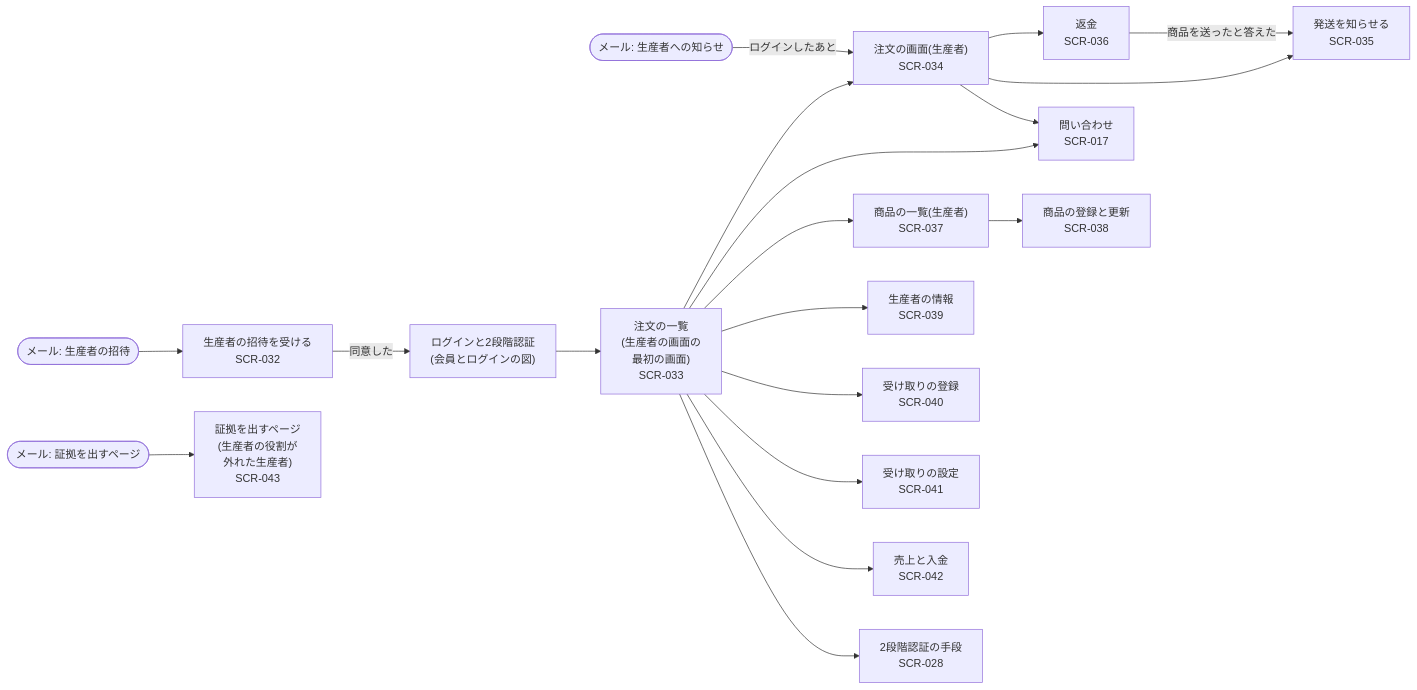
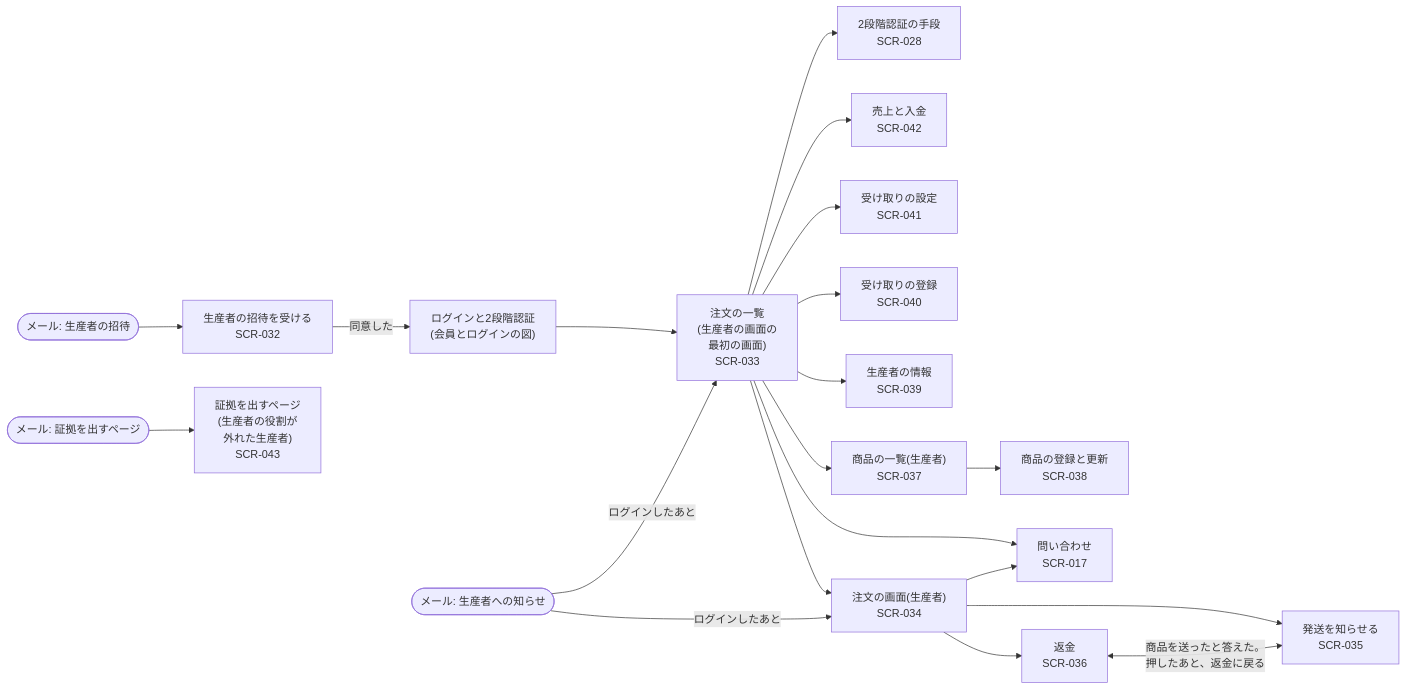
Before and after one commit to tenkunomori-emu/emu-farm-ec: diagram 14 of 16 in docs/02-basic-design.md, drawn with Mermaid. The commit also changed other lines of this file and 1 other file, not shown here.

Commit message:
docs: 返金の途中の発送の知らせの扱いと、画面遷移図と対応表の抜けを直す

````diff
--- a/docs/02-basic-design.md
+++ b/docs/02-basic-design.md
@@ -1396,39 +1401,40 @@
 ```mermaid
 flowchart LR
     M6(["メール: 生産者の招待"])
     S032["生産者の招待を受ける<br/>SCR-032"]
     LOGIN["ログインと2段階認証<br/>(会員とログインの図)"]
     MN(["メール: 生産者への知らせ"])
     S033["注文の一覧<br/>(生産者の画面の<br/>最初の画面)<br/>SCR-033"]
     S034["注文の画面(生産者)<br/>SCR-034"]
     S036["返金<br/>SCR-036"]
     S035["発送を知らせる<br/>SCR-035"]
     S017["問い合わせ<br/>SCR-017"]
     S037["商品の一覧(生産者)<br/>SCR-037"]
     S038["商品の登録と更新<br/>SCR-038"]
     S039["生産者の情報<br/>SCR-039"]
     S040["受け取りの登録<br/>SCR-040"]
     S041["受け取りの設定<br/>SCR-041"]
     S042["売上と入金<br/>SCR-042"]
     S028["2段階認証の手段<br/>SCR-028"]
     M7(["メール: 証拠を出すページ"])
     S043["証拠を出すページ<br/>(生産者の役割が<br/>外れた生産者)<br/>SCR-043"]
     M6 --> S032
     S032 -->|"同意した"| LOGIN
     LOGIN --> S033
     MN -->|"ログインしたあと"| S034
+    MN -->|"ログインしたあと"| S033
     S033 --> S034
     S034 --> S036
     S034 --> S035
-    S036 -->|"商品を送ったと答えた"| S035
+    S036 <-->|"商品を送ったと答えた。<br/>押したあと、返金に戻る"| S035
     S034 --> S017
     S033 --> S017
     S033 --> S037
     S037 --> S038
     S033 --> S039
     S033 --> S040
     S033 --> S041
     S033 --> S042
     S033 --> S028
     M7 --> S043
 ```
````
